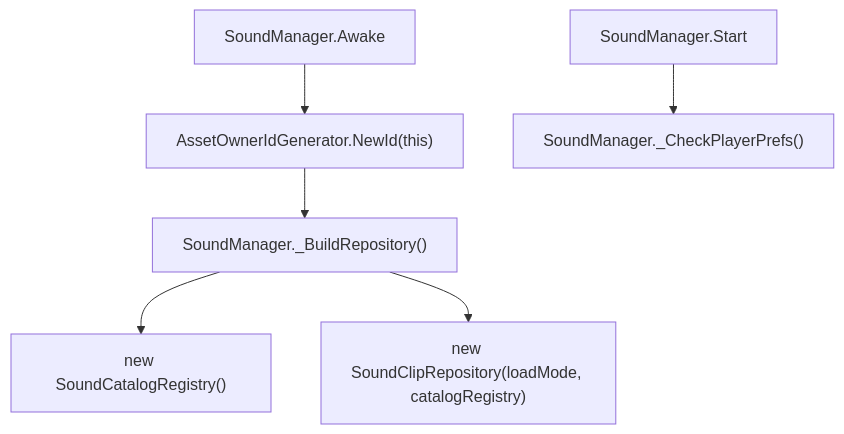
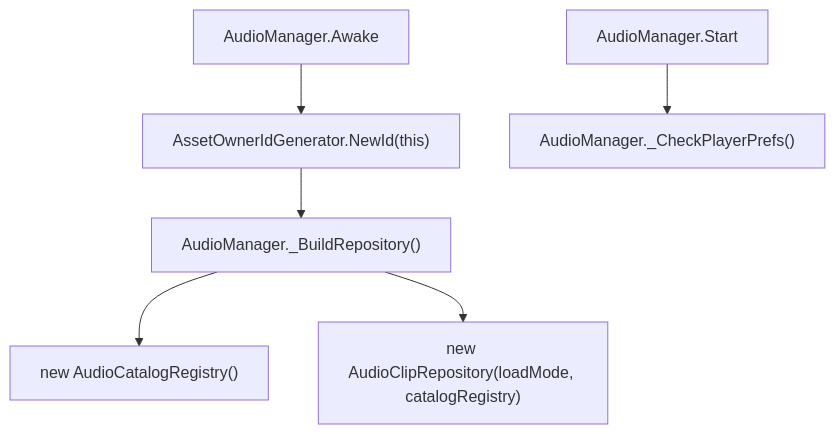
The second of 5 diagrams in HAudio/Runtime/README.md (HoHong123/HCUP-Unity), drawn with Mermaid before and after one commit. The commit also changed other lines of this file, not shown here.

Commit message:
[Docs] 📝 04.08.26 update HAudio README to renamed Audio classes and Uid partial layout.

````diff
--- a/HAudio/Runtime/README.md
+++ b/HAudio/Runtime/README.md
@@ -44,8 +44,8 @@
 ```mermaid
 flowchart TD
-    A["SoundManager.Awake"] --> B["AssetOwnerIdGenerator.NewId(this)"]
-    B --> C["SoundManager._BuildRepository()"]
-    C --> D["new SoundCatalogRegistry()"]
-    C --> E["new SoundClipRepository(loadMode, catalogRegistry)"]
-    A2["SoundManager.Start"] --> F["SoundManager._CheckPlayerPrefs()"]
+    A["AudioManager.Awake"] --> B["AssetOwnerIdGenerator.NewId(this)"]
+    B --> C["AudioManager._BuildRepository()"]
+    C --> D["new AudioCatalogRegistry()"]
+    C --> E["new AudioClipRepository(loadMode, catalogRegistry)"]
+    A2["AudioManager.Start"] --> F["AudioManager._CheckPlayerPrefs()"]
 ```
````
